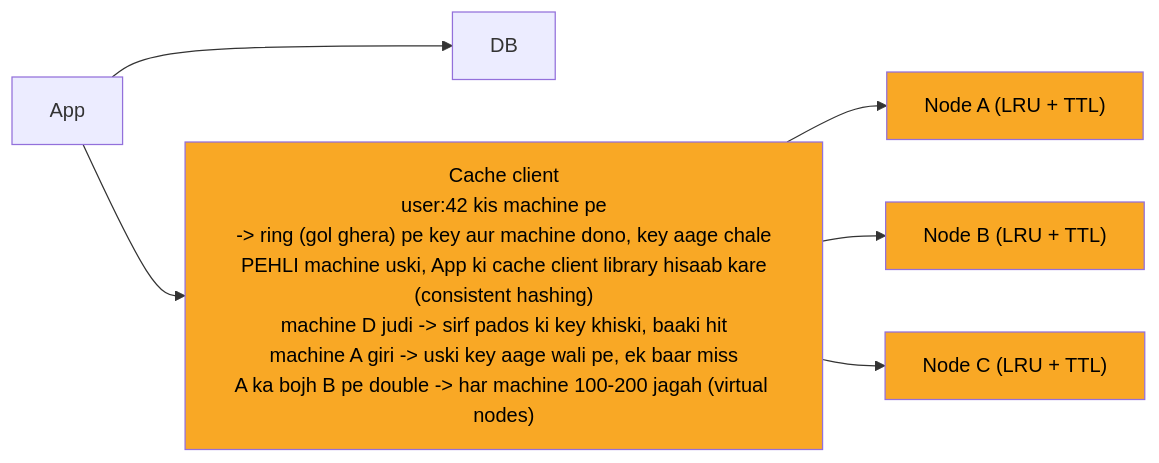
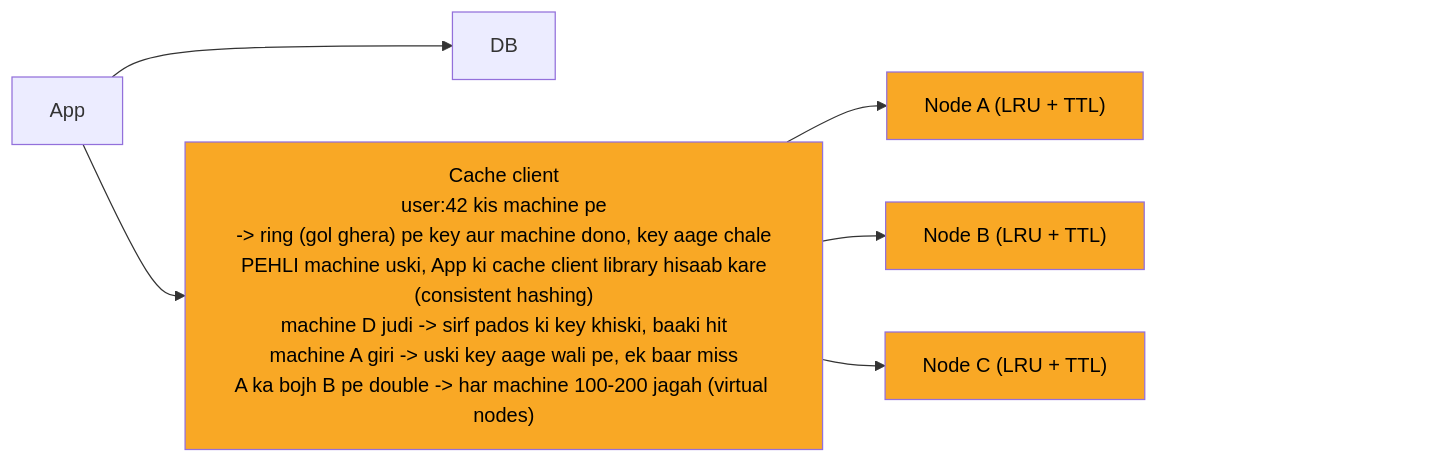
One commit to ArpanMaheshwari144/Prep changed the third of 8 diagrams in 04_HLD/SYSTEM_DESIGNS/10_distributed_cache/10_distributed_cache.md. Above: the diagram before and after it, drawn with Mermaid. The commit also changed other lines of this file and 13 other files, not shown here.

Commit message:
hld 14 file: har diagram ke daayein andekha dabba, zoom button asli dabbe pe na aaye

````diff
--- a/04_HLD/SYSTEM_DESIGNS/10_distributed_cache/10_distributed_cache.md
+++ b/04_HLD/SYSTEM_DESIGNS/10_distributed_cache/10_distributed_cache.md
@@ -138,19 +144,22 @@
 ```mermaid
 %%{init: {"flowchart": {"wrappingWidth": 450}}}%%
 flowchart LR
     n_App["App"]
     n_DB["DB"]
     n_Cache_client["Cache client<br/>user:42 kis machine pe<br/>-> ring (gol ghera) pe key aur machine dono, key aage chale<br/>PEHLI machine uski, App ki cache client library hisaab kare<br/>(consistent hashing)<br/>machine D judi -> sirf pados ki key khiski, baaki hit<br/>machine A giri -> uski key aage wali pe, ek baar miss<br/>A ka bojh B pe double -> har machine 100-200 jagah (virtual nodes)"]
     n_Node_A["Node A (LRU + TTL)"]
     n_Node_B["Node B (LRU + TTL)"]
     n_Node_C["Node C (LRU + TTL)"]
     n_App --> n_DB
     n_App --> n_Cache_client
     n_Cache_client --> n_Node_A
     n_Cache_client --> n_Node_B
     n_Cache_client --> n_Node_C
+    n_pad["xxxxxxxxxxxxxxxx"]
+    n_Node_C ~~~ n_pad
     style n_Cache_client fill:#f9a825,color:#000
     style n_Node_A fill:#f9a825,color:#000
     style n_Node_B fill:#f9a825,color:#000
     style n_Node_C fill:#f9a825,color:#000
+    style n_pad fill:none,stroke:none,color:#ffffff00
 ```
````
